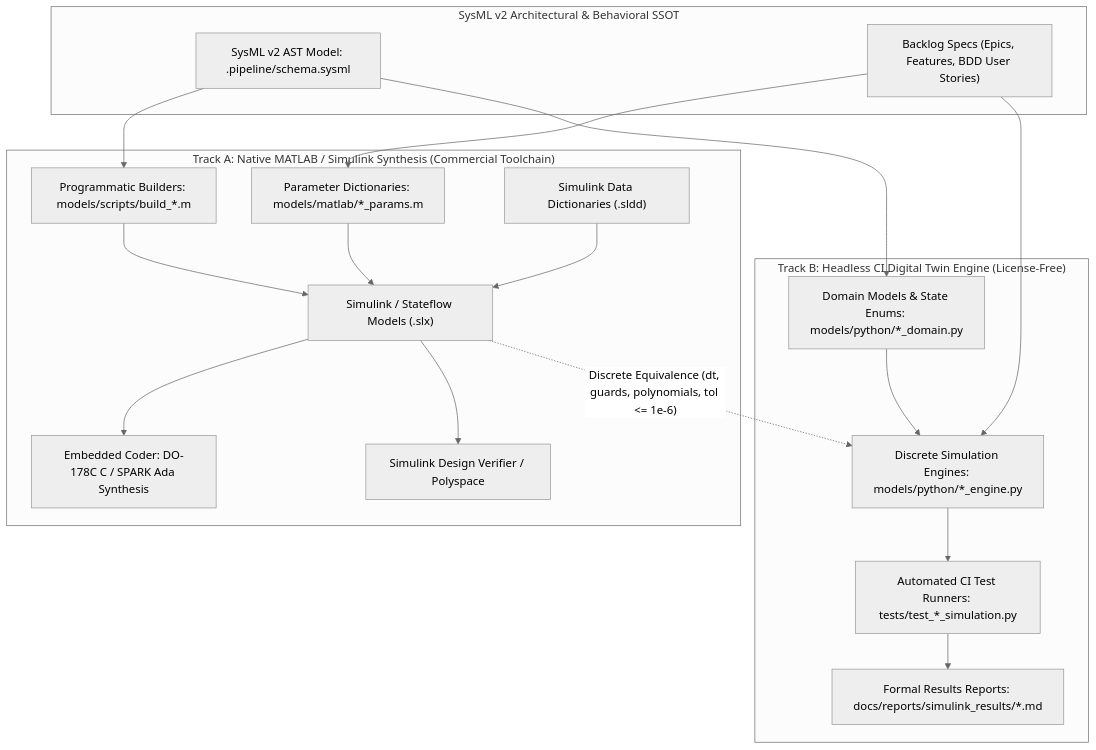
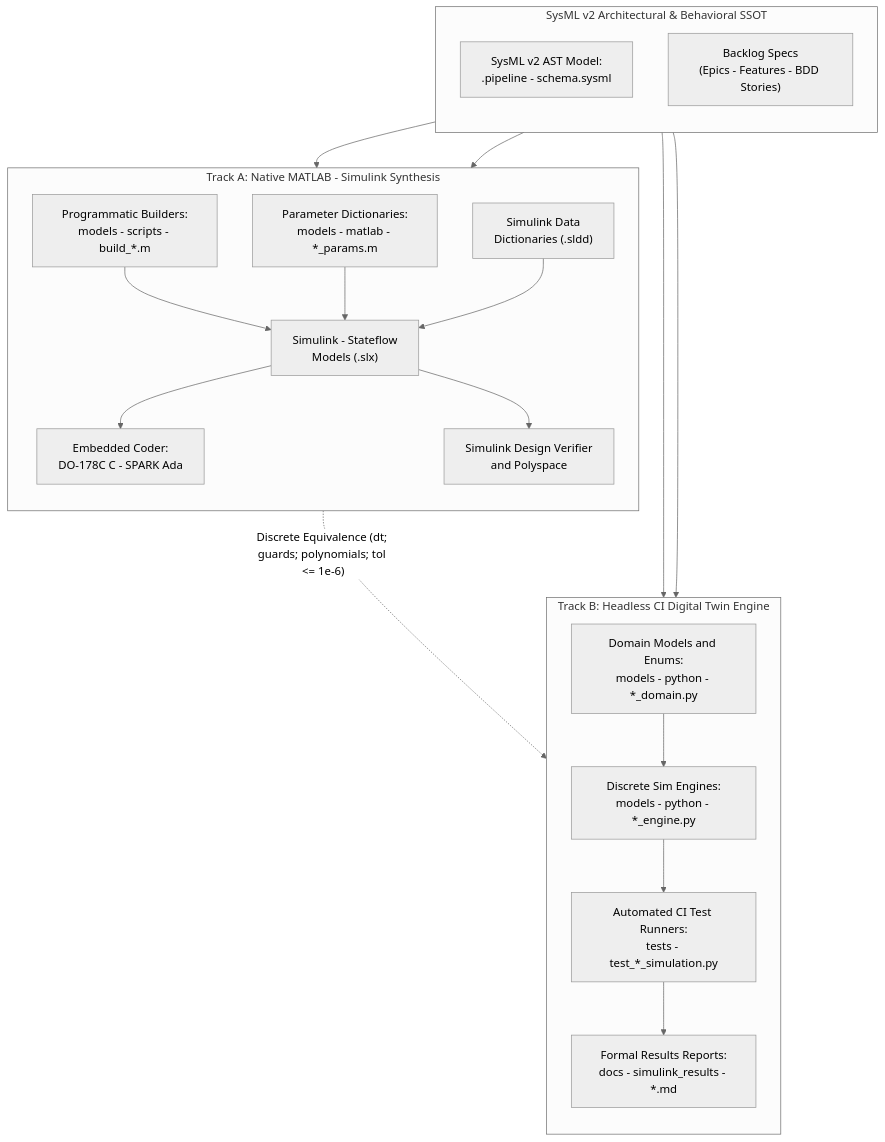
Before and after one commit to gintatkinson/DEAP-avionic-flight-safety: the diagram in rules/dual-track-mbd-verification.md, drawn with Mermaid (neutral theme). The commit also changed other lines of this file and 136 other files, not shown here.

````diff
--- a/rules/dual-track-mbd-verification.md
+++ b/rules/dual-track-mbd-verification.md
@@ -15,40 +15,43 @@
 ```mermaid
 flowchart TD
     subgraph SSOT["SysML v2 Architectural & Behavioral SSOT"]
-        SYSML["SysML v2 AST Model: .pipeline/schema.sysml"]
-        SPECS["Backlog Specs (Epics, Features, BDD User Stories)"]
+        direction TB
+        SYSML["SysML v2 AST Model:<br/>.pipeline - schema.sysml"]
+        SPECS["Backlog Specs<br/>(Epics - Features - BDD Stories)"]
     end
 
-    subgraph TrackA["Track A: Native MATLAB / Simulink Synthesis (Commercial Toolchain)"]
-        M_BUILD["Programmatic Builders: models/scripts/build_*.m"]
-        M_PARAM["Parameter Dictionaries: models/matlab/*_params.m"]
-        SLDD["Simulink Data Dictionaries (.sldd)"]
-        SLX["Simulink / Stateflow Models (.slx)"]
-        CODER["Embedded Coder: DO-178C C / SPARK Ada Synthesis"]
-        SLDV["Simulink Design Verifier / Polyspace"]
+    subgraph TrackA["Track A: Native MATLAB - Simulink Synthesis"]
+        direction TB
+        M_BUILD["Programmatic Builders:<br/>models - scripts - build_*.m"]
+        M_PARAM["Parameter Dictionaries:<br/>models - matlab - *_params.m"]
+        SLDD["Simulink Data<br/>Dictionaries (.sldd)"]
+        SLX["Simulink - Stateflow<br/>Models (.slx)"]
+        CODER["Embedded Coder:<br/>DO-178C C - SPARK Ada"]
+        SLDV["Simulink Design Verifier<br/>and Polyspace"]
     end
 
-    subgraph TrackB["Track B: Headless CI Digital Twin Engine (License-Free)"]
-        PY_DOMAIN["Domain Models & State Enums: models/python/*_domain.py"]
-        PY_ENGINE["Discrete Simulation Engines: models/python/*_engine.py"]
-        PY_TEST["Automated CI Test Runners: tests/test_*_simulation.py"]
-        CI_REPORT["Formal Results Reports: docs/reports/simulink_results/*.md"]
+    subgraph TrackB["Track B: Headless CI Digital Twin Engine"]
+        direction TB
+        PY_DOMAIN["Domain Models and Enums:<br/>models - python - *_domain.py"]
+        PY_ENGINE["Discrete Sim Engines:<br/>models - python - *_engine.py"]
+        PY_TEST["Automated CI Test Runners:<br/>tests - test_*_simulation.py"]
+        CI_REPORT["Formal Results Reports:<br/>docs - simulink_results - *.md"]
     end
 
     SYSML --> M_BUILD
     SYSML --> PY_DOMAIN
     SPECS --> M_PARAM
     SPECS --> PY_ENGINE
 
     M_BUILD --> SLX
     M_PARAM --> SLX
     SLDD --> SLX
     SLX --> CODER
     SLX --> SLDV
 
     PY_DOMAIN --> PY_ENGINE
     PY_ENGINE --> PY_TEST
     PY_TEST --> CI_REPORT
 
-    SLX -.->|"Discrete Equivalence (dt, guards, polynomials, tol <= 1e-6)"| PY_ENGINE
+    SLX -.->|"Discrete Equivalence (dt; guards; polynomials; tol <= 1e-6)"| PY_ENGINE
 ```
````
